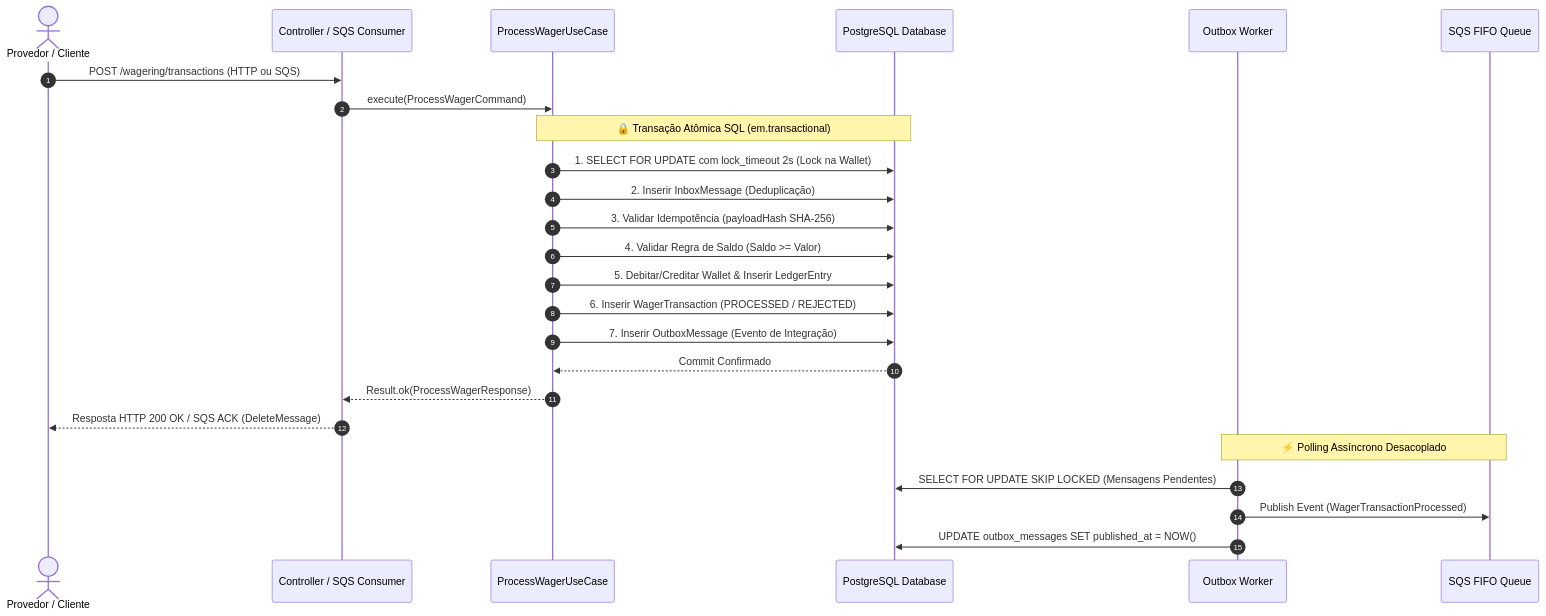
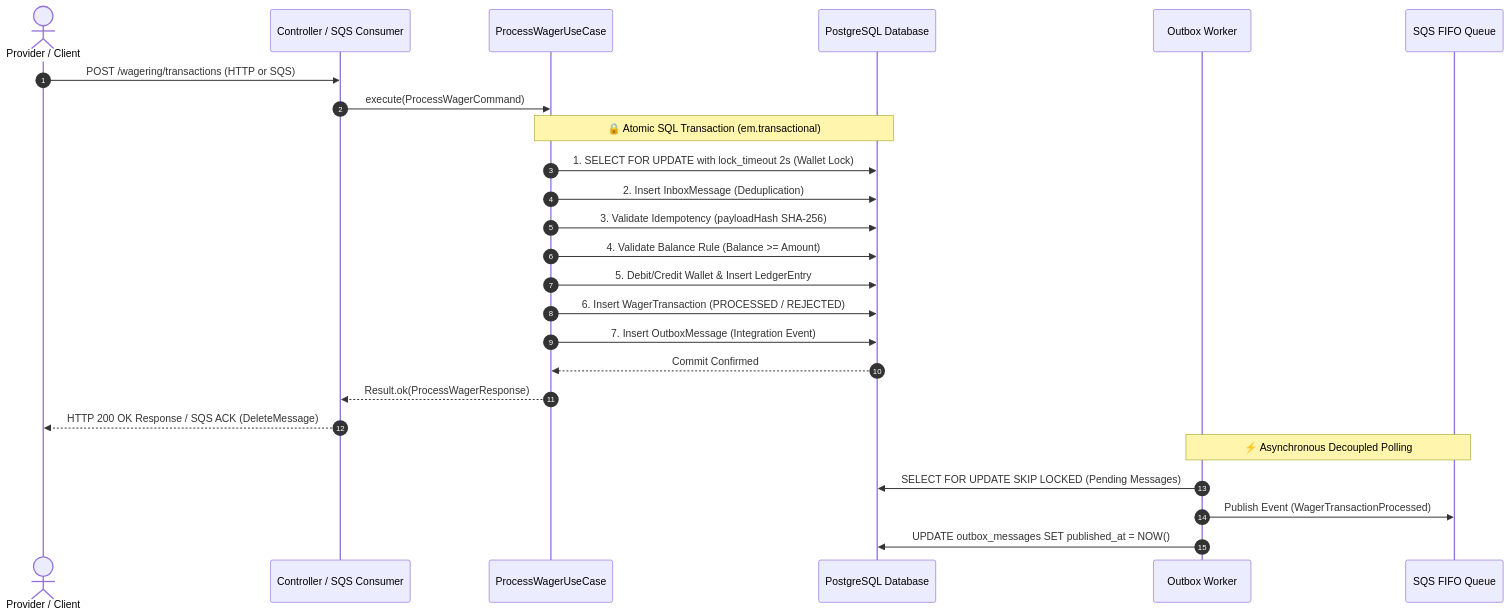
One commit to matheustheus27/DistributedWageringProcessor changed the diagram in README.md. Above: the diagram before and after it, drawn with Mermaid. The commit also changed other lines of this file and 15 other files, not shown here.

Commit message:
docs: add architectural documentation covering system overview, messaging, concurrency, and testing guides

````diff
--- a/README.md
+++ b/README.md
@@ -39,31 +39,31 @@
 ```mermaid
 sequenceDiagram
     autonumber
-    actor Provider as Provedor / Cliente
+    actor Provider as Provider / Client
     participant API as Controller / SQS Consumer
     participant UseCase as ProcessWagerUseCase
     participant DB as PostgreSQL Database
     participant OutboxWorker as Outbox Worker
     participant SQS as SQS FIFO Queue
 
-    Provider->>API: POST /wagering/transactions (HTTP ou SQS)
+    Provider->>API: POST /wagering/transactions (HTTP or SQS)
     API->>UseCase: execute(ProcessWagerCommand)
 
-    note over UseCase, DB: 🔒 Transação Atômica SQL (em.transactional)
-    UseCase->>DB: 1. SELECT FOR UPDATE com lock_timeout 2s (Lock na Wallet)
-    UseCase->>DB: 2. Inserir InboxMessage (Deduplicação)
-    UseCase->>DB: 3. Validar Idempotência (payloadHash SHA-256)
-    UseCase->>DB: 4. Validar Regra de Saldo (Saldo >= Valor)
-    UseCase->>DB: 5. Debitar/Creditar Wallet & Inserir LedgerEntry
-    UseCase->>DB: 6. Inserir WagerTransaction (PROCESSED / REJECTED)
-    UseCase->>DB: 7. Inserir OutboxMessage (Evento de Integração)
-    DB-->>UseCase: Commit Confirmado
+    note over UseCase, DB: 🔒 Atomic SQL Transaction (em.transactional)
+    UseCase->>DB: 1. SELECT FOR UPDATE with lock_timeout 2s (Wallet Lock)
+    UseCase->>DB: 2. Insert InboxMessage (Deduplication)
+    UseCase->>DB: 3. Validate Idempotency (payloadHash SHA-256)
+    UseCase->>DB: 4. Validate Balance Rule (Balance >= Amount)
+    UseCase->>DB: 5. Debit/Credit Wallet & Insert LedgerEntry
+    UseCase->>DB: 6. Insert WagerTransaction (PROCESSED / REJECTED)
+    UseCase->>DB: 7. Insert OutboxMessage (Integration Event)
+    DB-->>UseCase: Commit Confirmed
 
     UseCase-->>API: Result.ok(ProcessWagerResponse)
-    API-->>Provider: Resposta HTTP 200 OK / SQS ACK (DeleteMessage)
+    API-->>Provider: HTTP 200 OK Response / SQS ACK (DeleteMessage)
 
-    note over OutboxWorker, SQS: ⚡ Polling Assíncrono Desacoplado
-    OutboxWorker->>DB: SELECT FOR UPDATE SKIP LOCKED (Mensagens Pendentes)
+    note over OutboxWorker, SQS: ⚡ Asynchronous Decoupled Polling
+    OutboxWorker->>DB: SELECT FOR UPDATE SKIP LOCKED (Pending Messages)
     OutboxWorker->>SQS: Publish Event (WagerTransactionProcessed)
     OutboxWorker->>DB: UPDATE outbox_messages SET published_at = NOW()
 ```
````
